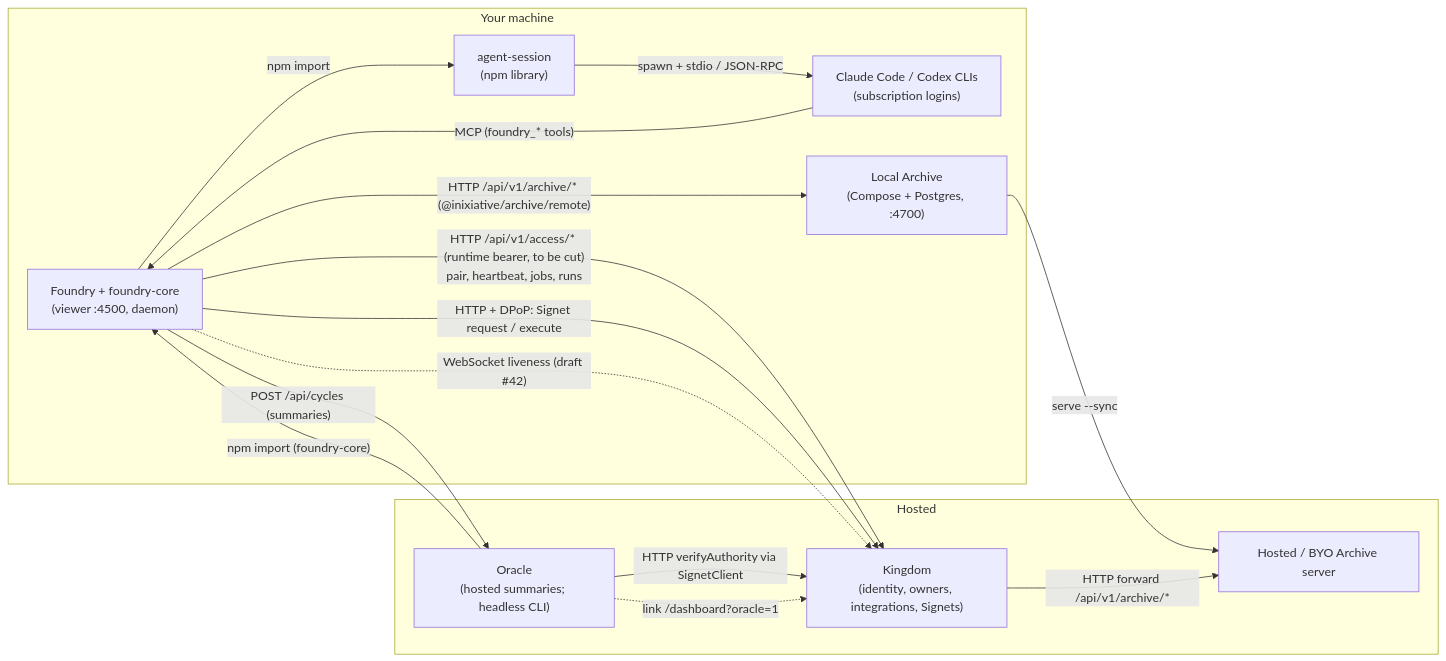
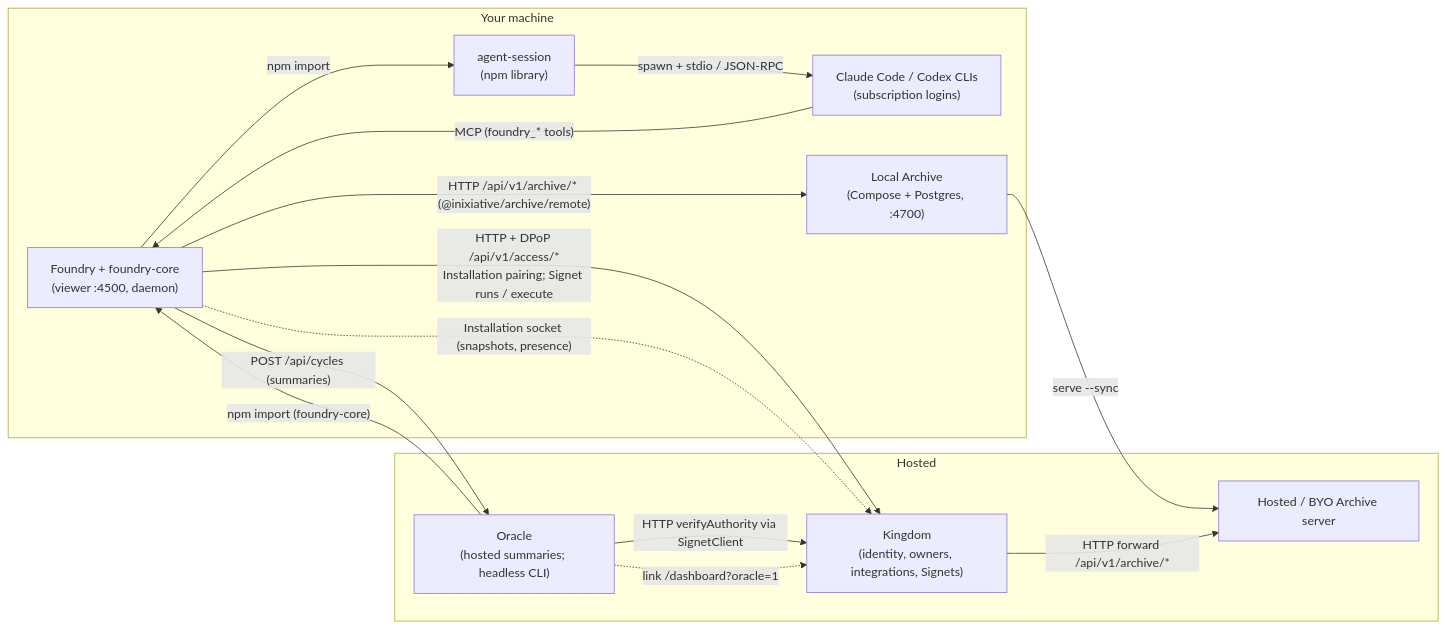
One commit to inixiative/foundry changed the diagram in docs/SYSTEM-MAP.md. Above: the diagram before and after it, drawn with Mermaid. The commit also changed other lines of this file and 51 other files, not shown here.

First line of the commit message:
Foundry pairs as a Kingdom Installation; the runtime key is gone

````diff
--- a/docs/SYSTEM-MAP.md
+++ b/docs/SYSTEM-MAP.md
@@ -9,27 +9,26 @@
 ```mermaid
 flowchart LR
   subgraph local["Your machine"]
     F["Foundry + foundry-core<br/>(viewer :4500, daemon)"]
     AS["agent-session<br/>(npm library)"]
     CLI["Claude Code / Codex CLIs<br/>(subscription logins)"]
     LA["Local Archive<br/>(Compose + Postgres, :4700)"]
   end
   subgraph hosted["Hosted"]
     K["Kingdom<br/>(identity, owners, integrations, Signets)"]
     HA["Hosted / BYO Archive server"]
     O["Oracle<br/>(hosted summaries; headless CLI)"]
   end
   F -- "npm import" --> AS
   AS -- "spawn + stdio / JSON-RPC" --> CLI
   CLI -- "MCP (foundry_* tools)" --> F
   F -- "HTTP /api/v1/archive/* (@inixiative/archive/remote)" --> LA
-  F -- "HTTP /api/v1/access/* (runtime bearer, to be cut)<br/>pair, heartbeat, jobs, runs" --> K
-  F -- "HTTP + DPoP: Signet request / execute" --> K
-  F -. "WebSocket liveness (draft #42)" .-> K
+  F -- "HTTP + DPoP /api/v1/access/*<br/>Installation pairing; Signet runs / execute" --> K
+  F -. "Installation socket (snapshots, presence)" .-> K
   LA -- "serve --sync" --> HA
   K -- "HTTP forward /api/v1/archive/*" --> HA
   O -- "npm import (foundry-core)" --> F
   O -- "HTTP verifyAuthority via SignetClient" --> K
   F -- "POST /api/cycles (summaries)" --> O
   O -. "link /dashboard?oracle=1" .-> K
 ```
````
